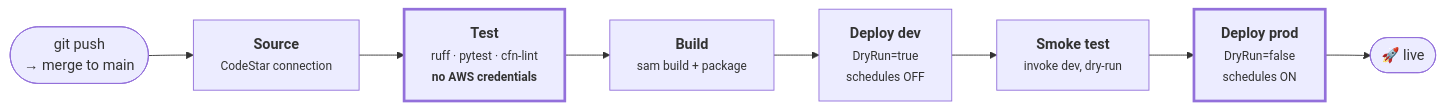
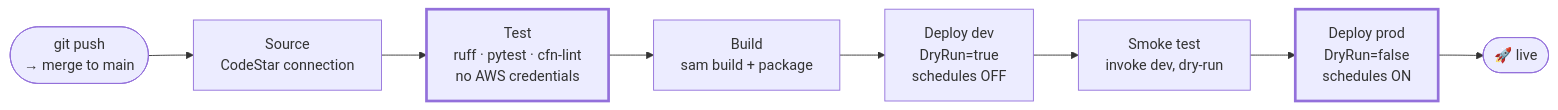
One commit to MasonGallagher/FplBot changed diagram 11 of 12 in docs/DIAGRAMS.md. Above: the diagram before and after it, drawn with Mermaid. The commit also changed other lines of this file and 1 other file, not shown here.

First line of the commit message:
docs: fix diagram labels overflowing their shapes, and cover calibration

````diff
--- a/docs/DIAGRAMS.md
+++ b/docs/DIAGRAMS.md
@@ -377,13 +441,13 @@
 ```mermaid
 flowchart LR
-    DEV(["git push<br/>→ merge to main"]) --> SRC["<b>Source</b><br/><small>CodeStar connection</small>"]
-    SRC --> TEST["<b>Test</b><br/><small>ruff · pytest · cfn-lint<br/><b>no AWS credentials</b></small>"]
-    TEST --> BUILD["<b>Build</b><br/><small>sam build + package</small>"]
-    BUILD --> DD["<b>Deploy dev</b><br/><small>DryRun=true<br/>schedules OFF</small>"]
-    DD --> SMOKE["<b>Smoke test</b><br/><small>invoke dev, dry-run</small>"]
-    SMOKE --> DP["<b>Deploy prod</b><br/><small>DryRun=false<br/>schedules ON</small>"]
+    DEV(["git push<br/>→ merge to main"]) --> SRC["Source<br/>CodeStar connection"]
+    SRC --> TEST["Test<br/>ruff · pytest · cfn-lint<br/>no AWS credentials"]
+    TEST --> BUILD["Build<br/>sam build + package"]
+    BUILD --> DD["Deploy dev<br/>DryRun=true<br/>schedules OFF"]
+    DD --> SMOKE["Smoke test<br/>invoke dev, dry-run"]
+    SMOKE --> DP["Deploy prod<br/>DryRun=false<br/>schedules ON"]
     DP --> LIVE(["🚀 live"])
 
     classDef emphasis stroke-width:3px
     class TEST,DP emphasis
 ```
````
